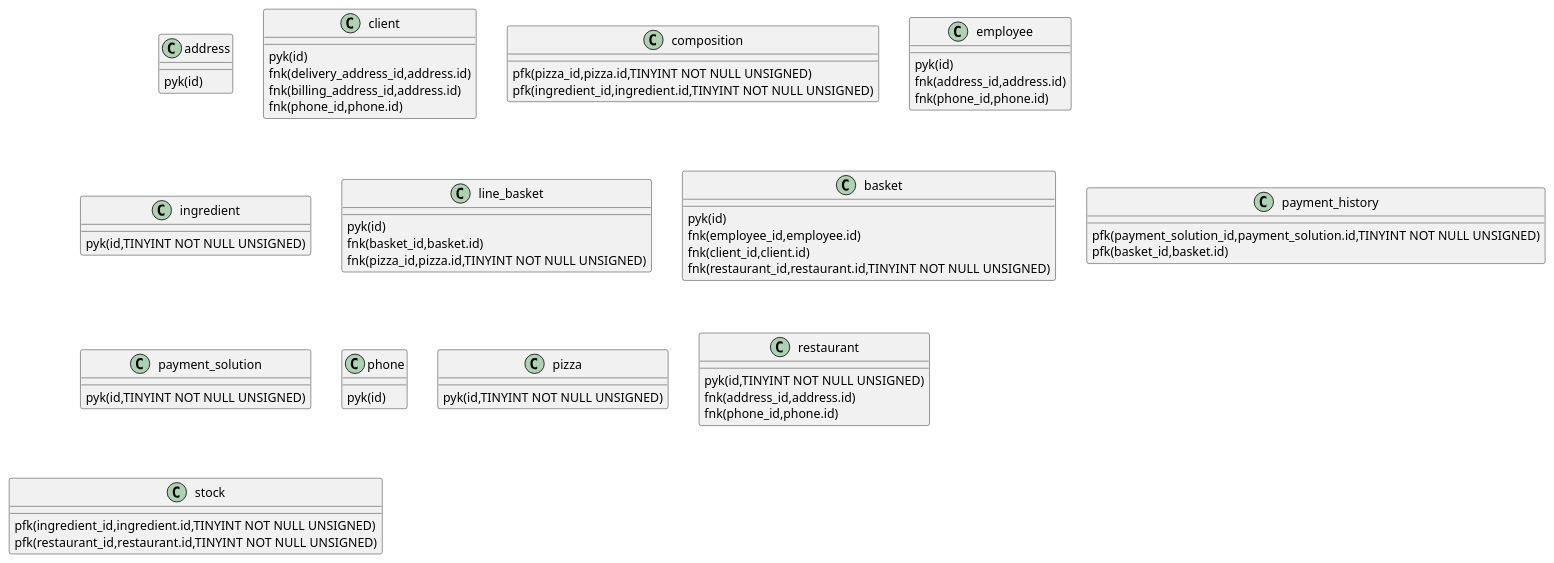
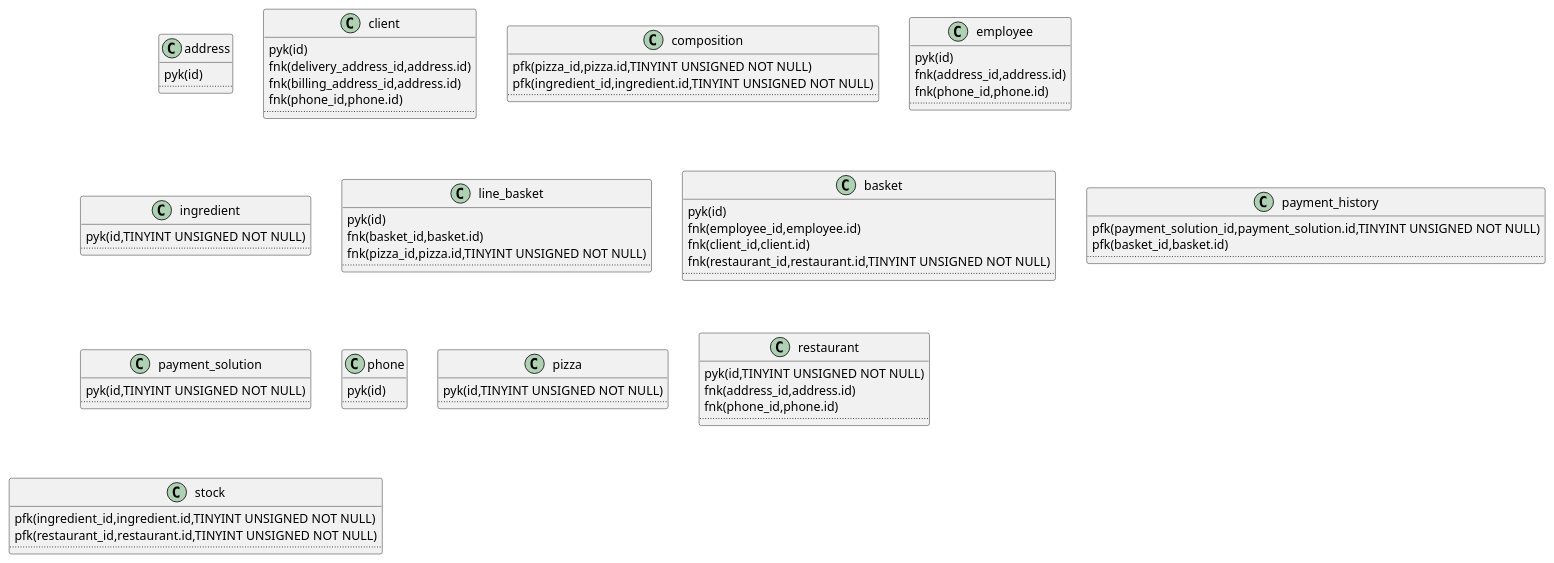
One commit to freezed/ocp6 changed the diagram in src-puml/keys.iuml. Above: the diagram before and after it, drawn with PlantUML. The commit also changed 3 other files, not shown here.

Commit message:
Adjusts PDM for better diagram redering

```diff
--- a/src-puml/keys.iuml
+++ b/src-puml/keys.iuml
@@ -1,55 +1,68 @@
 /' = = = = = = = KEY = = = = = = = '/
 class address {
     pyk(id)
+    ..
 }
 class client {
     pyk(id)
     fnk(delivery_address_id,address.id)
     fnk(billing_address_id,address.id)
     fnk(phone_id,phone.id)
+    ..
 }
 class composition {
-    pfk(pizza_id,pizza.id,TINYINT NOT NULL UNSIGNED)
-    pfk(ingredient_id,ingredient.id,TINYINT NOT NULL UNSIGNED)
+    pfk(pizza_id,pizza.id,TINYINT UNSIGNED NOT NULL)
+    pfk(ingredient_id,ingredient.id,TINYINT UNSIGNED NOT NULL)
+    ..
 }
 class employee {
     pyk(id)
     fnk(address_id,address.id)
     fnk(phone_id,phone.id)
+    ..
 }
 class ingredient {
-    pyk(id,TINYINT NOT NULL UNSIGNED)
+    pyk(id,TINYINT UNSIGNED NOT NULL)
+    ..
 }
 class line_basket {
     pyk(id)
     fnk(basket_id,basket.id)
-    fnk(pizza_id,pizza.id,TINYINT NOT NULL UNSIGNED)
+    fnk(pizza_id,pizza.id,TINYINT UNSIGNED NOT NULL)
+    ..
 }
 class basket {
     pyk(id)
     fnk(employee_id,employee.id)
     fnk(client_id,client.id)
-    fnk(restaurant_id,restaurant.id,TINYINT NOT NULL UNSIGNED)
+    fnk(restaurant_id,restaurant.id,TINYINT UNSIGNED NOT NULL)
+    ..
 }
 class payment_history {
-    pfk(payment_solution_id,payment_solution.id,TINYINT NOT NULL UNSIGNED)
+    pfk(payment_solution_id,payment_solution.id,TINYINT UNSIGNED NOT NULL)
     pfk(basket_id,basket.id)
+    ..
 }
 class payment_solution {
-    pyk(id,TINYINT NOT NULL UNSIGNED)
+    pyk(id,TINYINT UNSIGNED NOT NULL)
+    ..
 }
 class phone {
     pyk(id)
+    ..
 }
 class pizza {
-    pyk(id,TINYINT NOT NULL UNSIGNED)
+    pyk(id,TINYINT UNSIGNED NOT NULL)
+    ..
 }
 class restaurant {
-    pyk(id,TINYINT NOT NULL UNSIGNED)
+    pyk(id,TINYINT UNSIGNED NOT NULL)
     fnk(address_id,address.id)
     fnk(phone_id,phone.id)
+    ..
 }
 class stock {
-    pfk(ingredient_id,ingredient.id,TINYINT NOT NULL UNSIGNED)
-    pfk(restaurant_id,restaurant.id,TINYINT NOT NULL UNSIGNED)
+    pfk(ingredient_id,ingredient.id,TINYINT UNSIGNED NOT NULL)
+    pfk(restaurant_id,restaurant.id,TINYINT UNSIGNED NOT NULL)
+    ..
 }
```
